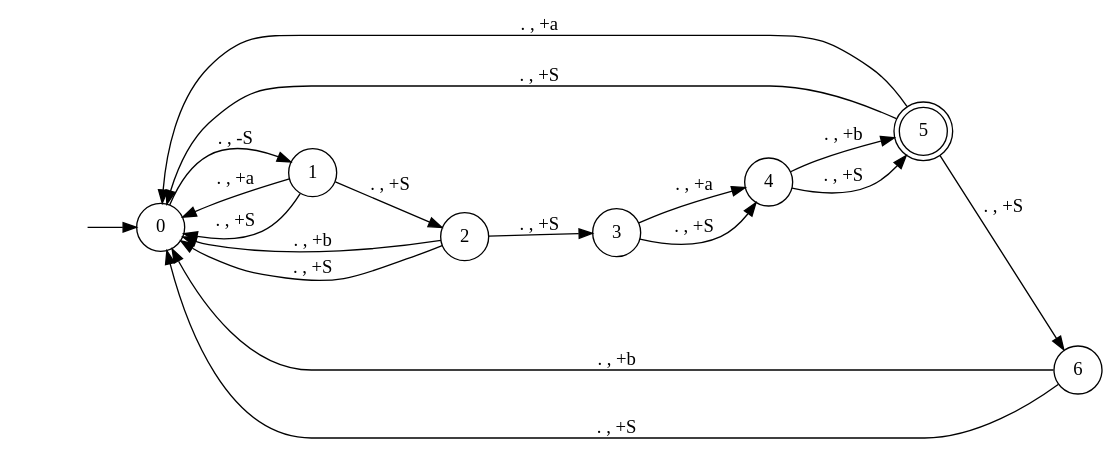
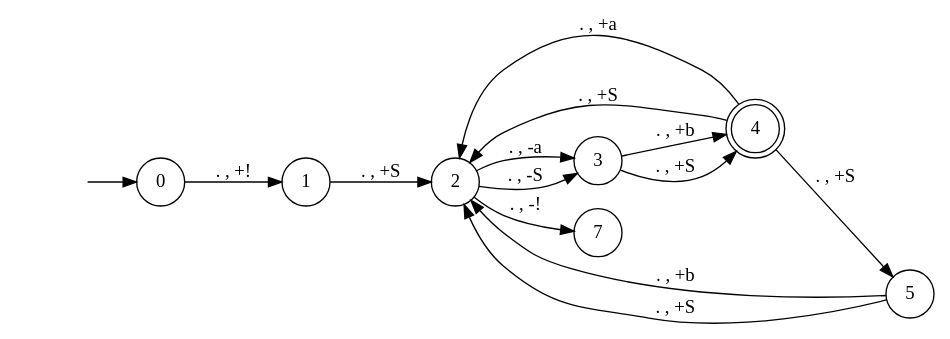
The diagram in test_1.gv (tsubaric/ToC), drawn with Graphviz before and after one commit. The commit also changed 3 other files, not shown here.

```diff
--- a/test_1.gv
+++ b/test_1.gv
@@ -1,24 +1,20 @@
 digraph pda {
 rankdir = LR;
 hidden [shape = plaintext, label = ""];
 node [shape = doublecircle];
-5;
+4;
 node [shape = circle];
 hidden -> 0;
-0 -> 1 [label = ". , -S"];
-1 -> 0 [label = ". , +a"];
-1 -> 0 [label = ". , +S"];
+0 -> 1 [label = ". , +!"];
 1 -> 2 [label = ". , +S"];
-2 -> 0 [label = ". , +b"];
-2 -> 0 [label = ". , +S"];
-2 -> 3 [label = ". , +S"];
-3 -> 4 [label = ". , +a"];
+2 -> 3 [label = ". , -a"];
+2 -> 3 [label = ". , -S"];
+2 -> 7 [label = ". , -!"];
+3 -> 4 [label = ". , +b"];
 3 -> 4 [label = ". , +S"];
-4 -> 5 [label = ". , +b"];
+4 -> 2 [label = ". , +a"];
+4 -> 2 [label = ". , +S"];
 4 -> 5 [label = ". , +S"];
-5 -> 0 [label = ". , +a"];
-5 -> 0 [label = ". , +S"];
-5 -> 6 [label = ". , +S"];
-6 -> 0 [label = ". , +b"];
-6 -> 0 [label = ". , +S"];
+5 -> 2 [label = ". , +b"];
+5 -> 2 [label = ". , +S"];
 }
```
